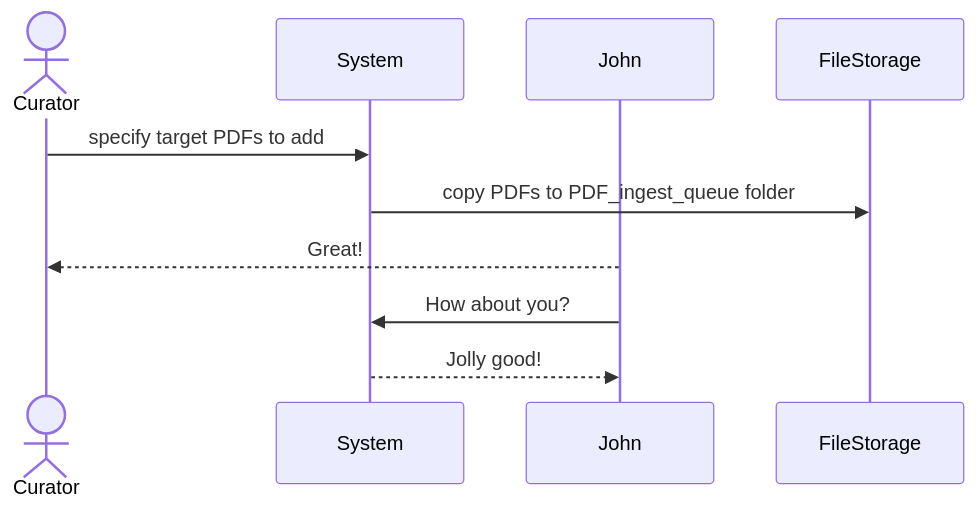
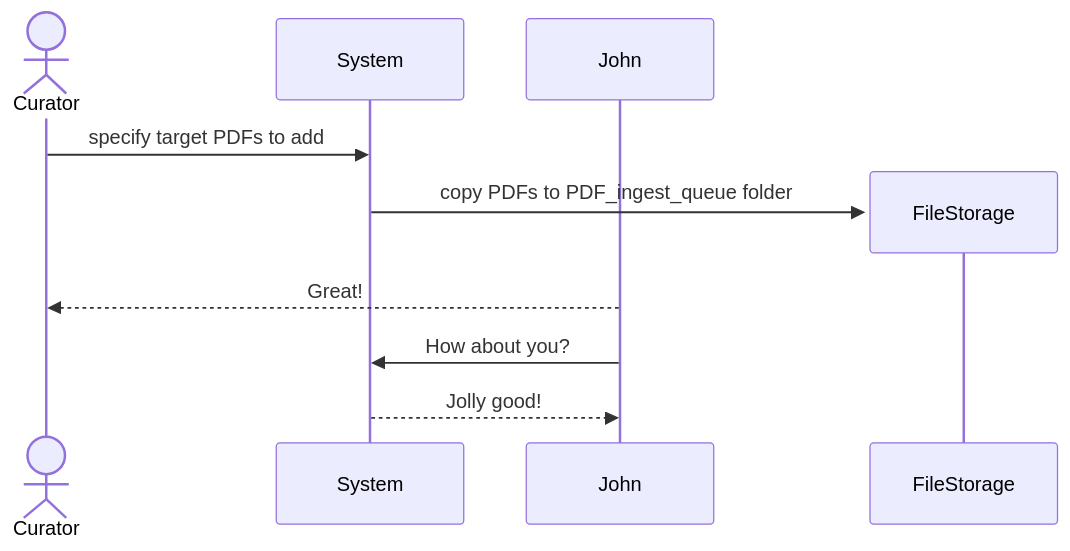
One commit to drew-wks/ASK changed the diagram in docs/library_admin_processes.md. Above: the diagram before and after it, drawn with Mermaid.

````diff
--- a/docs/library_admin_processes.md
+++ b/docs/library_admin_processes.md
@@ -5,12 +5,12 @@
 ```mermaid
 sequenceDiagram
     actor Curator
     participant System
     participant John
     Curator->>System: specify target PDFs to add
-    participant FileStorage
+    create participant FileStorage
     System->>FileStorage: copy PDFs to PDF_ingest_queue folder
     John-->>Curator: Great!
     John->>System: How about you?
     System-->>John: Jolly good!
 ```
````
